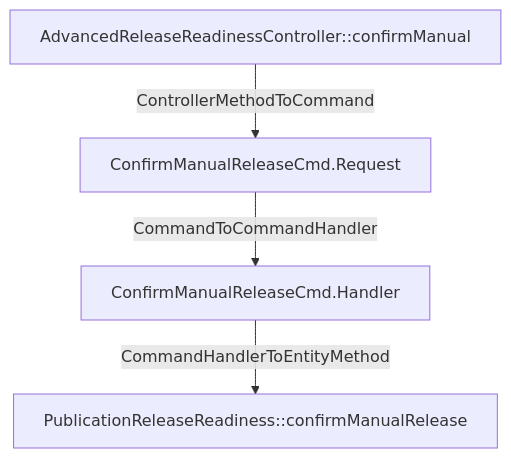
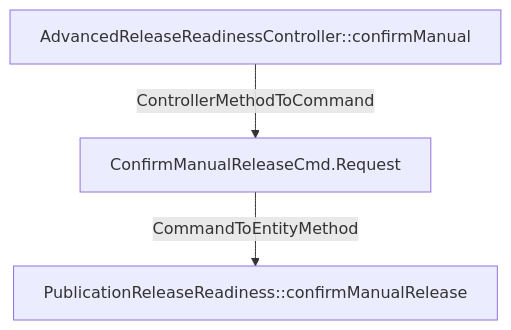
The diagram in analysis/flows/com_only4_cap4k_reference_contentstudio_adapter_http_AdvancedReleaseReadinessCon.mmd (LDmoxeii/cap4k-reference-content-studio), drawn with Mermaid before and after one commit. The commit also changed 32 other files, not shown here.

Commit message:
chore: regenerate analysis flows

```diff
--- a/analysis/flows/com_only4_cap4k_reference_contentstudio_adapter_http_AdvancedReleaseReadinessCon.mmd
+++ b/analysis/flows/com_only4_cap4k_reference_contentstudio_adapter_http_AdvancedReleaseReadinessCon.mmd
@@ -1,8 +1,6 @@
 flowchart TD
   N1[AdvancedReleaseReadinessController::confirmManual]
-  N2[ConfirmManualReleaseCmd.Handler]
-  N3[ConfirmManualReleaseCmd.Request]
-  N4[PublicationReleaseReadiness::confirmManualRelease]
-  N1 -->|ControllerMethodToCommand| N3
-  N2 -->|CommandHandlerToEntityMethod| N4
-  N3 -->|CommandToCommandHandler| N2
+  N2[ConfirmManualReleaseCmd.Request]
+  N3[PublicationReleaseReadiness::confirmManualRelease]
+  N1 -->|ControllerMethodToCommand| N2
+  N2 -->|CommandToEntityMethod| N3
```
